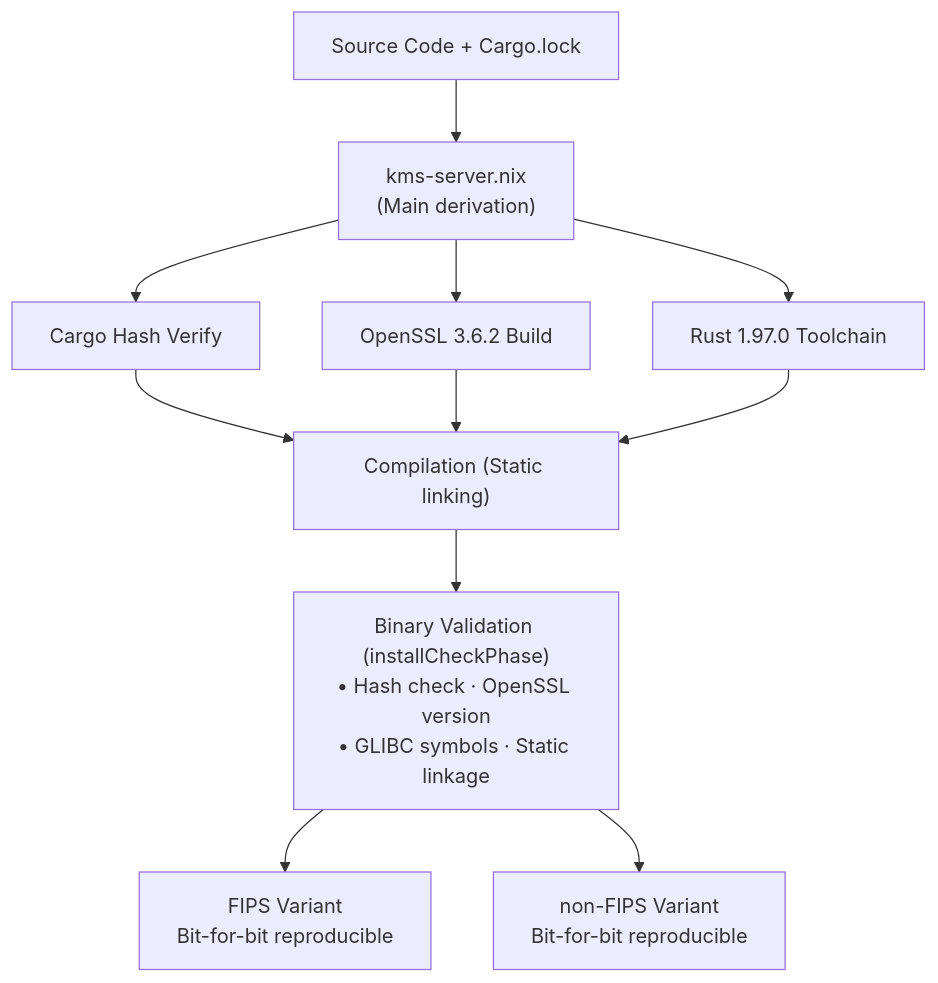
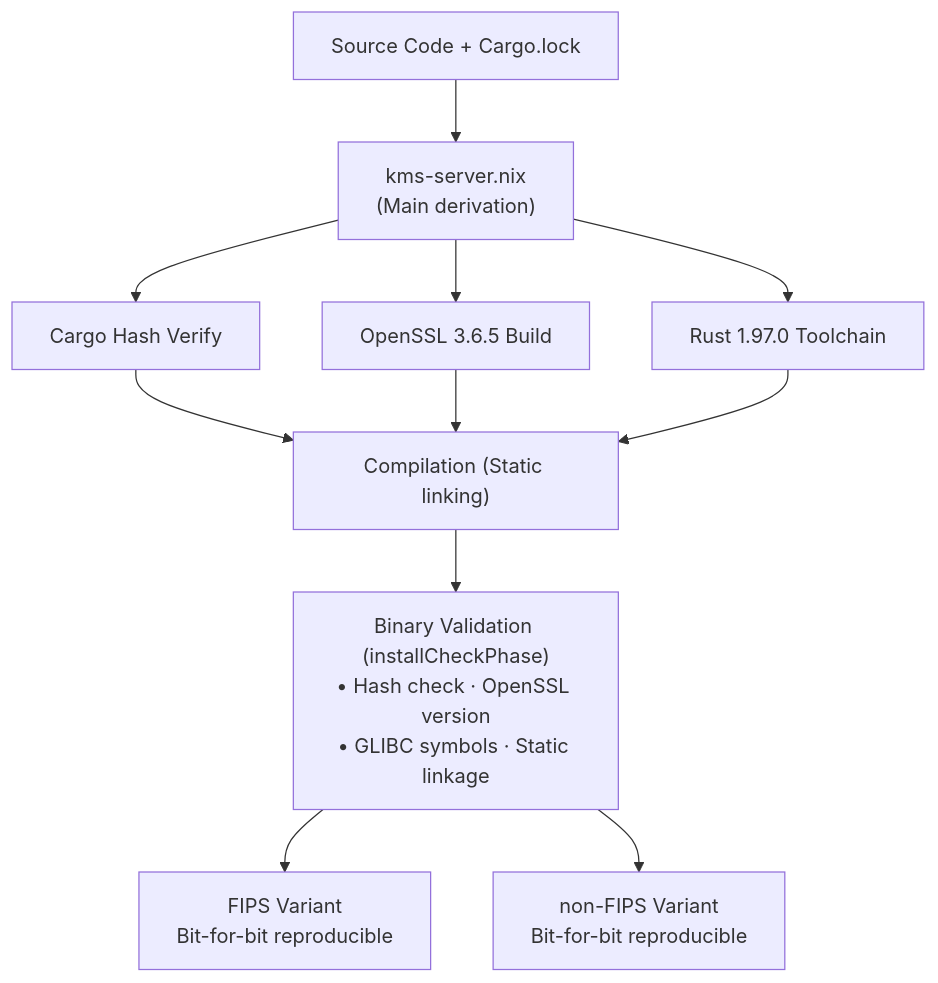
One commit to Cosmian/kms changed the first of 11 diagrams in nix/README.md. Above: the diagram before and after it, drawn with Mermaid. The commit also changed other lines of this file and 45 other files, not shown here.

First line of the commit message:
fix(build): bump statically linked OpenSSL to 3.6.5

````diff
--- a/nix/README.md
+++ b/nix/README.md
@@ -7,17 +7,17 @@
 ```mermaid
 flowchart TB
     src["Source Code + Cargo.lock"]
     kms_nix["kms-server.nix<br/>(Main derivation)"]
     src --> kms_nix
     cargo["Cargo Hash Verify"]
-    openssl["OpenSSL 3.6.2 Build"]
+    openssl["OpenSSL 3.6.5 Build"]
     rust["Rust 1.97.0 Toolchain"]
     kms_nix --> cargo & openssl & rust
     compile["Compilation (Static linking)"]
     cargo & openssl & rust --> compile
     validate["Binary Validation (installCheckPhase)<br/>• Hash check · OpenSSL version<br/>• GLIBC symbols · Static linkage"]
     compile --> validate
     fips["FIPS Variant<br/>Bit-for-bit reproducible"]
     nonfips["non-FIPS Variant<br/>Bit-for-bit reproducible"]
     validate --> fips & nonfips
 ```
````
